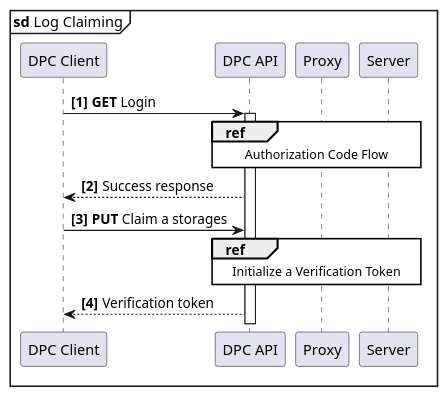
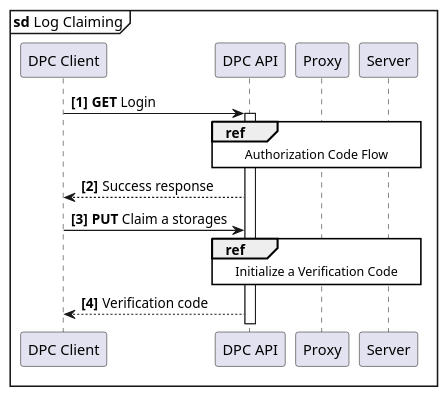
The diagram in docs/resources/diagrams/sd_Log_claiming.puml (guddii/SEACT), drawn with PlantUML before and after one commit. The commit also changed 71 other files, not shown here.

```diff
--- a/docs/resources/diagrams/sd_Log_claiming.puml
+++ b/docs/resources/diagrams/sd_Log_claiming.puml
@@ -1,20 +1,20 @@
 @startuml
 'https://plantuml.com/sequence-diagram
 
 skinparam sequenceReferenceBackgroundColor white
 
 mainframe **sd** Log Claiming
 autonumber 1 1 "<b>[0]"
 
 participant "DPC Client" as DPC_Client
 participant "DPC API" as DPC_API
 participant "Proxy" as Proxy
 participant "Server" as Server
 
 DPC_Client  ->  DPC_API             ++  : **GET** Login
 ref over DPC_API,Proxy,Server           : Authorization Code Flow
 DPC_Client  <-- DPC_API                 : Success response
 DPC_Client  ->  DPC_API                 : **PUT** Claim a storages
-ref over DPC_API,Proxy,Server           : Initialize a Verification Token
-DPC_Client  <-- DPC_API                 : Verification token
+ref over DPC_API,Proxy,Server           : Initialize a Verification Code
+DPC_Client  <-- DPC_API                 : Verification code
 @enduml
```
